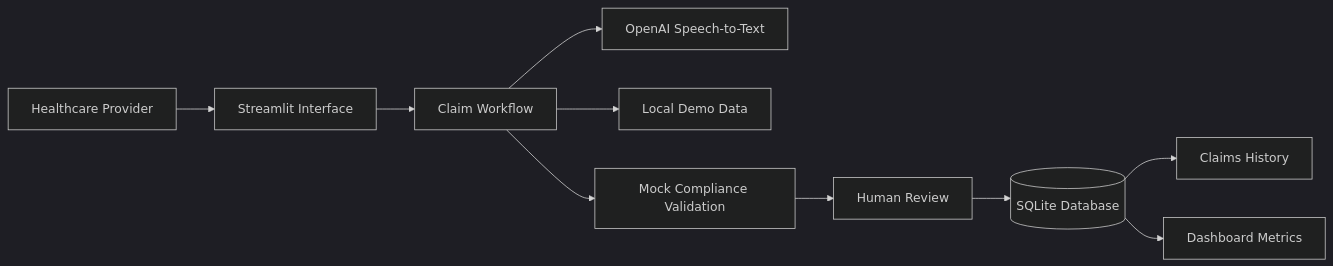
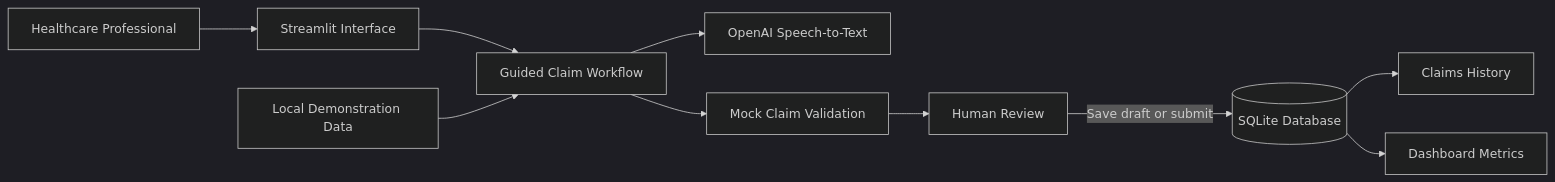
The diagram in README.md (NouraAbuthnain/Aoun), drawn with Mermaid (dark theme) before and after one commit. The commit also changed other lines of this file, not shown here.

````diff
--- a/README.md
+++ b/README.md
@@ -192,23 +273,23 @@
 ```mermaid
 flowchart LR
-    USER[Healthcare Provider]
+    USER[Healthcare Professional]
     UI[Streamlit Interface]
-    CLAIM[Claim Workflow]
+    CLAIM[Guided Claim Workflow]
+    DATA[Local Demonstration Data]
     STT[OpenAI Speech-to-Text]
-    DATA[Local Demo Data]
-    VALIDATION[Mock Compliance Validation]
+    VALIDATION[Mock Claim Validation]
     REVIEW[Human Review]
     DB[(SQLite Database)]
     HISTORY[Claims History]
     DASHBOARD[Dashboard Metrics]
 
     USER --> UI
     UI --> CLAIM
+    DATA --> CLAIM
     CLAIM --> STT
-    CLAIM --> DATA
     CLAIM --> VALIDATION
     VALIDATION --> REVIEW
-    REVIEW --> DB
+    REVIEW -->|Save draft or submit| DB
     DB --> HISTORY
     DB --> DASHBOARD
 ```
````
